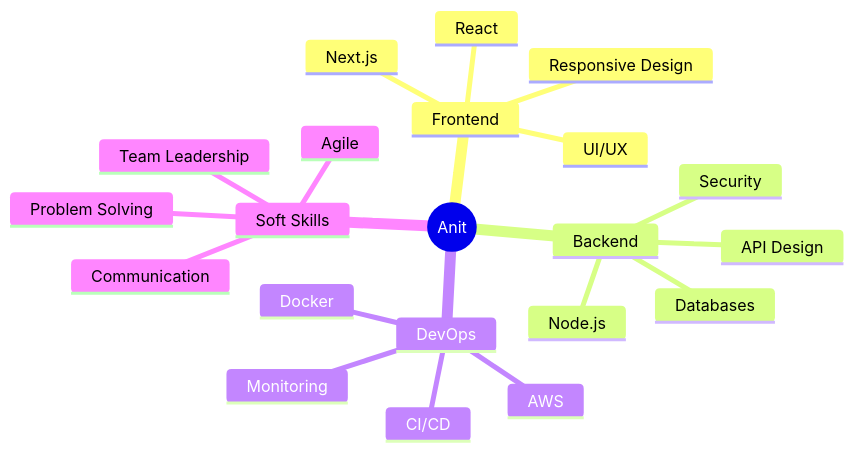
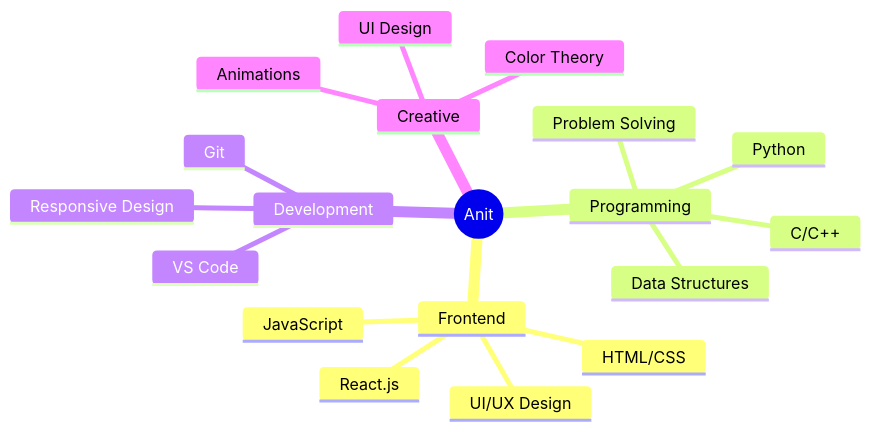
One commit to anitcodes/anitcodes changed the diagram in README.md. Above: the diagram before and after it, drawn with Mermaid. The commit also changed other lines of this file, not shown here.

````diff
--- a/README.md
+++ b/README.md
@@ -50,24 +52,22 @@
 ```mermaid
 mindmap
   root((Anit))
     Frontend
-      React
-      Next.js
-      UI/UX
+      React.js
+      HTML/CSS
+      JavaScript
+      UI/UX Design
+    Programming
+      C/C++
+      Python
+      Problem Solving
+      Data Structures
+    Development
+      Git
+      VS Code
       Responsive Design
-    Backend
-      Node.js
-      Databases
-      API Design
-      Security
-    DevOps
-      Docker
-      CI/CD
-      AWS
-      Monitoring
-    Soft Skills
-      Team Leadership
-      Problem Solving
-      Communication
-      Agile
+    Creative
+      UI Design
+      Animations
+      Color Theory
 ```
````
